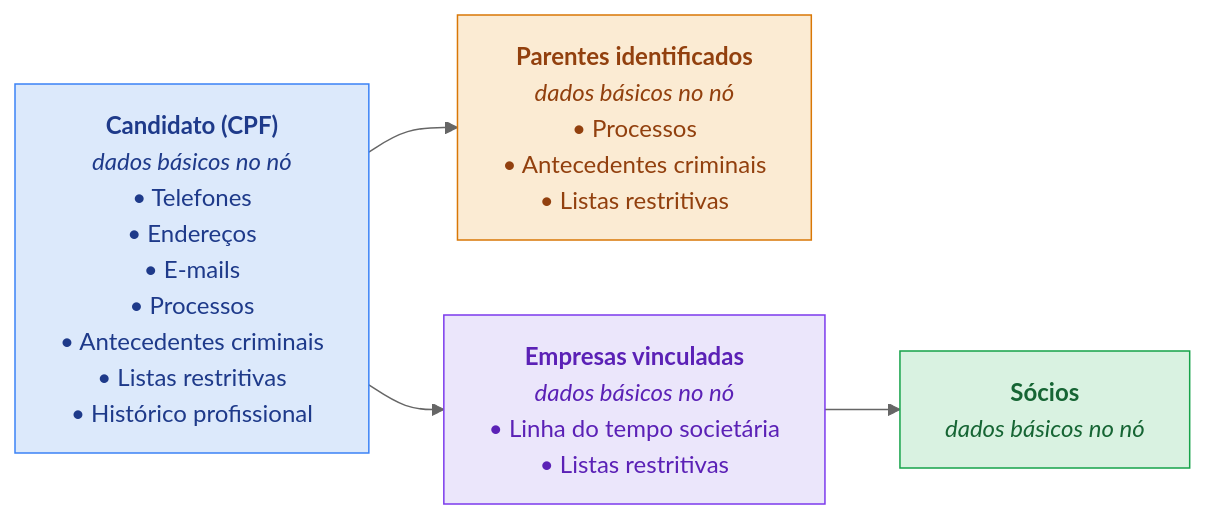
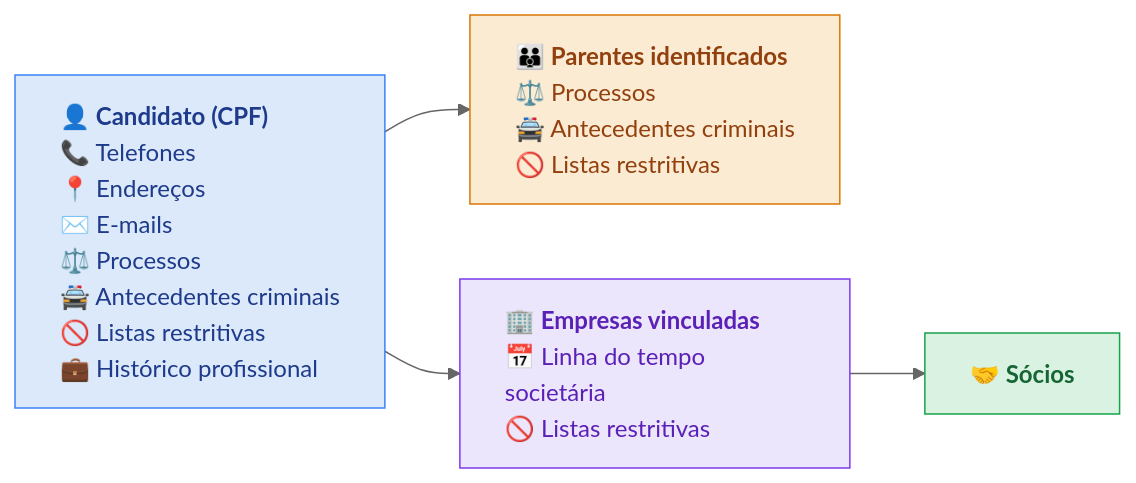
The diagram in perfis/rh-candidato.mdx (Sherlocker-LTDA/docs), drawn with Mermaid (neutral theme) before and after one commit. The commit also changed other lines of this file, not shown here.

Commit message:
docs(perfis): mermaid left-align + emojis, sem 'dados básicos no nó'; exemplo fora do accordion; label 'ID do Perfil'

````diff
--- a/perfis/rh-candidato.mdx
+++ b/perfis/rh-candidato.mdx
@@ -22,16 +22,16 @@
 ```mermaid
 flowchart LR
-  C["<b>Candidato (CPF)</b><br/><i>dados básicos no nó</i><br/>• Telefones<br/>• Endereços<br/>• E-mails<br/>• Processos<br/>• Antecedentes criminais<br/>• Listas restritivas<br/>• Histórico profissional"]
-  P["<b>Parentes identificados</b><br/><i>dados básicos no nó</i><br/>• Processos<br/>• Antecedentes criminais<br/>• Listas restritivas"]
-  E["<b>Empresas vinculadas</b><br/><i>dados básicos no nó</i><br/>• Linha do tempo societária<br/>• Listas restritivas"]
-  S["<b>Sócios</b><br/><i>dados básicos no nó</i>"]
+  C["<div style='text-align:left'><b>👤 Candidato (CPF)</b><br/>📞 Telefones<br/>📍 Endereços<br/>✉️ E-mails<br/>⚖️ Processos<br/>🚔 Antecedentes criminais<br/>🚫 Listas restritivas<br/>💼 Histórico profissional</div>"]
+  P["<div style='text-align:left'><b>👪 Parentes identificados</b><br/>⚖️ Processos<br/>🚔 Antecedentes criminais<br/>🚫 Listas restritivas</div>"]
+  E["<div style='text-align:left'><b>🏢 Empresas vinculadas</b><br/>📅 Linha do tempo societária<br/>🚫 Listas restritivas</div>"]
+  S["<div style='text-align:left'><b>🤝 Sócios</b></div>"]
 
   C --> P
   C --> E
   E --> S
 
   style C fill:#DCE9FB,stroke:#3B82F6,color:#1E3A8A
   style P fill:#FBEBD3,stroke:#D97706,color:#92400E
   style E fill:#EBE6FB,stroke:#7C3AED,color:#5B21B6
   style S fill:#D9F2E1,stroke:#16A34A,color:#166534
 ```
````
